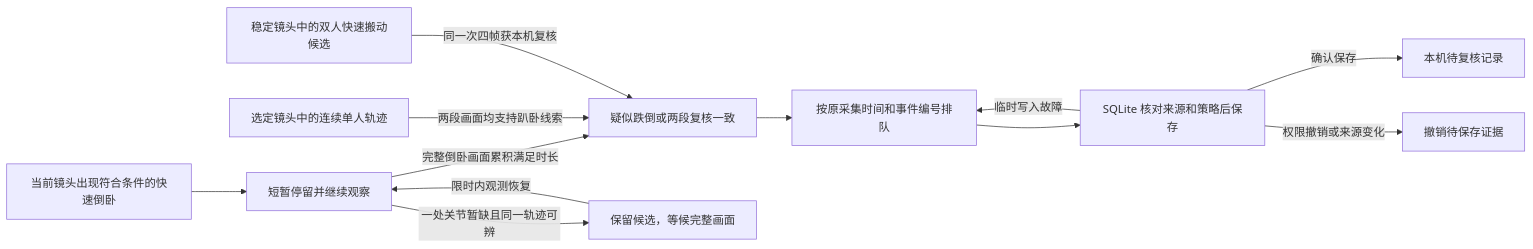
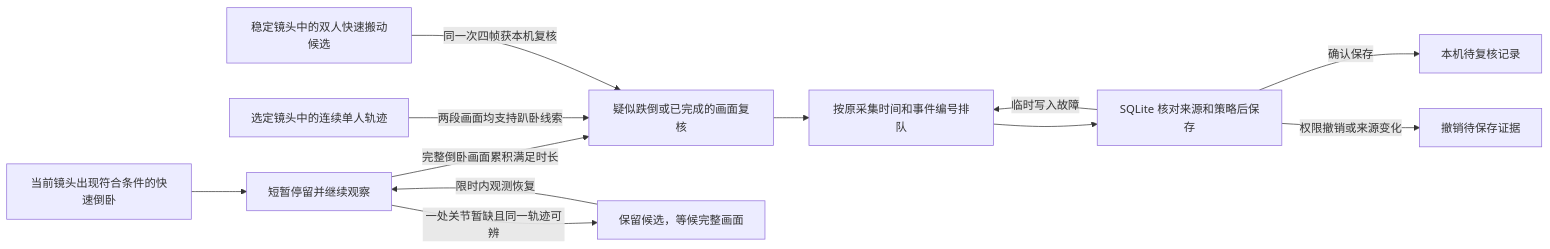
Diagram 12 of 33 in docs/architecture.md (Geeprox/Friday), drawn with Mermaid before and after one commit. The commit also changed other lines of this file and 10 other files, not shown here.

````diff
--- a/docs/architecture.md
+++ b/docs/architecture.md
@@ -291,14 +292,14 @@
 ```mermaid
 flowchart LR
   F[当前镜头出现符合条件的快速倒卧] --> H[短暂停留并继续观察]
   H -->|完整倒卧画面累积满足时长| S
   H -->|一处关节暂缺且同一轨迹可辨| C[保留候选，等候完整画面]
   C -->|限时内观测恢复| H
   P[选定镜头中的连续单人轨迹] -->|两段画面均支持趴卧线索| S
   M[稳定镜头中的双人快速搬动候选] -->|同一次四帧获本机复核| S
-  S[疑似跌倒或两段复核一致] --> Q[按原采集时间和事件编号排队]
+  S[疑似跌倒或已完成的画面复核] --> Q[按原采集时间和事件编号排队]
   Q --> W[SQLite 核对来源和策略后保存]
   W -->|临时写入故障| Q
   W -->|确认保存| R[本机待复核记录]
   W -->|权限撤销或来源变化| D[撤销待保存证据]
 ```
````
